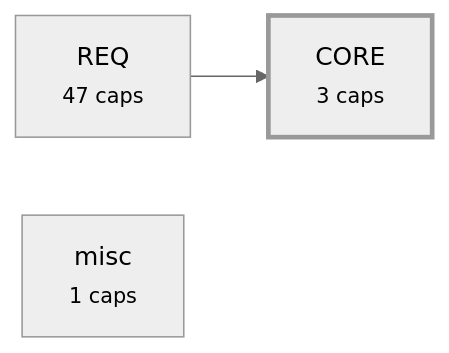
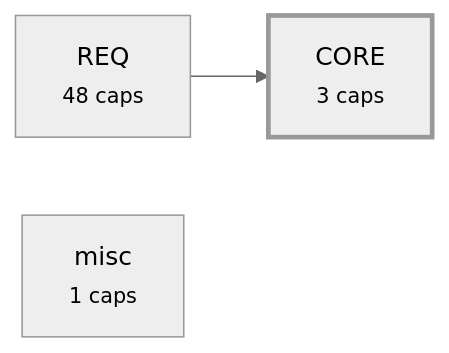
Before and after one commit to alxmax/Requirement-manager: the third of 4 diagrams in plugin/requirements/_map.md, drawn with Mermaid (neutral theme). The commit also changed other lines of this file and 14 other files, not shown here.

````diff
--- a/plugin/requirements/_map.md
+++ b/plugin/requirements/_map.md
@@ -438,8 +445,8 @@
 ```mermaid
 graph LR
   a_CORE["CORE<br><small>3 caps</small>"]
-  a_REQ["REQ<br><small>47 caps</small>"]
+  a_REQ["REQ<br><small>48 caps</small>"]
   a_misc["misc<br><small>1 caps</small>"]
   a_REQ --> a_CORE
   style a_CORE stroke-width:3px
 ```
````
